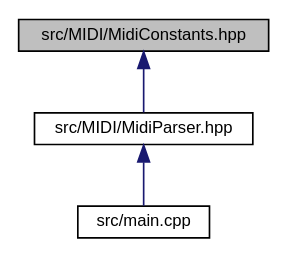
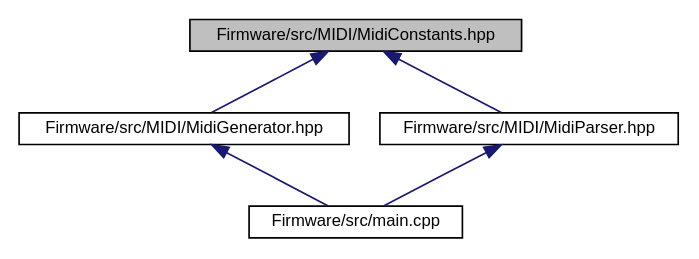
The diagram in docs/_midi_constants_8hpp__dep__incl.dot (AkiyukiOkayasu/jade), drawn with Graphviz before and after one commit. The commit also changed 122 other files, not shown here.

```diff
--- a/docs/_midi_constants_8hpp__dep__incl.dot
+++ b/docs/_midi_constants_8hpp__dep__incl.dot
@@ -1,11 +1,14 @@
-digraph "src/MIDI/MidiConstants.hpp"
+digraph "Firmware/src/MIDI/MidiConstants.hpp"
 {
  // LATEX_PDF_SIZE
   edge [fontname="Helvetica",fontsize="10",labelfontname="Helvetica",labelfontsize="10"];
   node [fontname="Helvetica",fontsize="10",shape=record];
-  Node1 [label="src/MIDI/MidiConstants.hpp",height=0.2,width=0.4,color="black", fillcolor="grey75", style="filled", fontcolor="black",tooltip="Constants about MIDI."];
+  Node1 [label="Firmware/src/MIDI/MidiConstants.hpp",height=0.2,width=0.4,color="black", fillcolor="grey75", style="filled", fontcolor="black",tooltip="Constants about MIDI."];
   Node1 -> Node2 [dir="back",color="midnightblue",fontsize="10",style="solid",fontname="Helvetica"];
-  Node2 [label="src/MIDI/MidiParser.hpp",height=0.2,width=0.4,color="black", fillcolor="white", style="filled",URL="$_midi_parser_8hpp.html",tooltip="USB-MIDI event parser."];
+  Node2 [label="Firmware/src/MIDI/MidiGenerator.hpp",height=0.2,width=0.4,color="black", fillcolor="white", style="filled",URL="$_midi_generator_8hpp.html",tooltip="USB-MIDI event generator."];
   Node2 -> Node3 [dir="back",color="midnightblue",fontsize="10",style="solid",fontname="Helvetica"];
-  Node3 [label="src/main.cpp",height=0.2,width=0.4,color="black", fillcolor="white", style="filled",URL="$main_8cpp.html",tooltip="jade main"];
+  Node3 [label="Firmware/src/main.cpp",height=0.2,width=0.4,color="black", fillcolor="white", style="filled",URL="$main_8cpp.html",tooltip="jade main"];
+  Node1 -> Node4 [dir="back",color="midnightblue",fontsize="10",style="solid",fontname="Helvetica"];
+  Node4 [label="Firmware/src/MIDI/MidiParser.hpp",height=0.2,width=0.4,color="black", fillcolor="white", style="filled",URL="$_midi_parser_8hpp.html",tooltip="USB-MIDI event parser."];
+  Node4 -> Node3 [dir="back",color="midnightblue",fontsize="10",style="solid",fontname="Helvetica"];
 }
```
